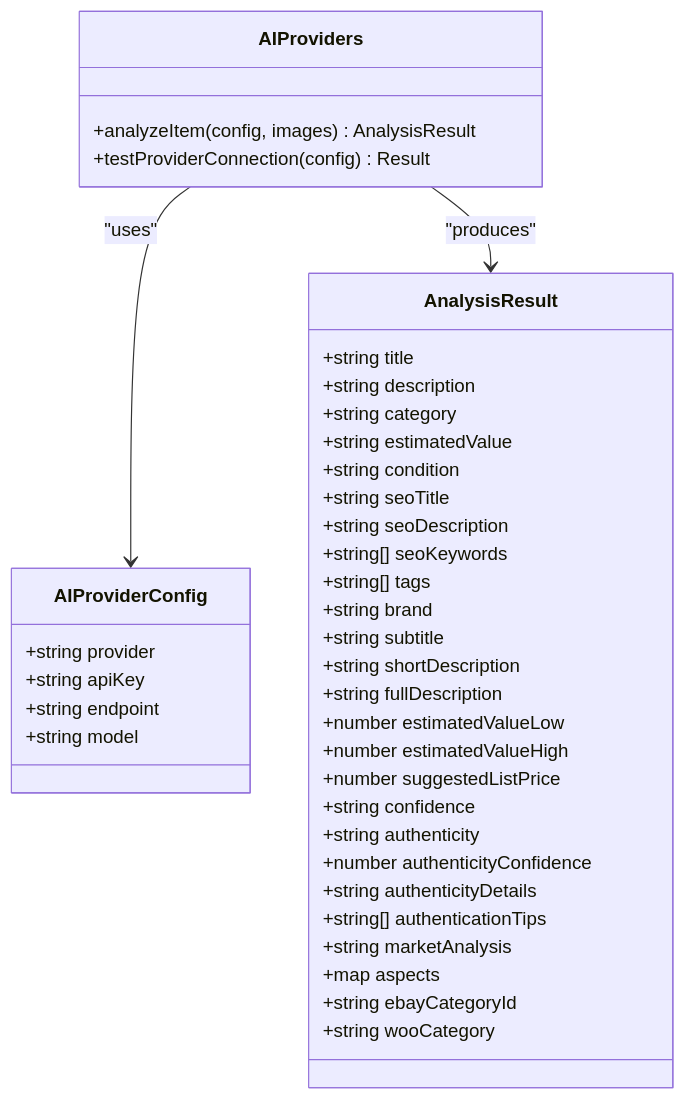
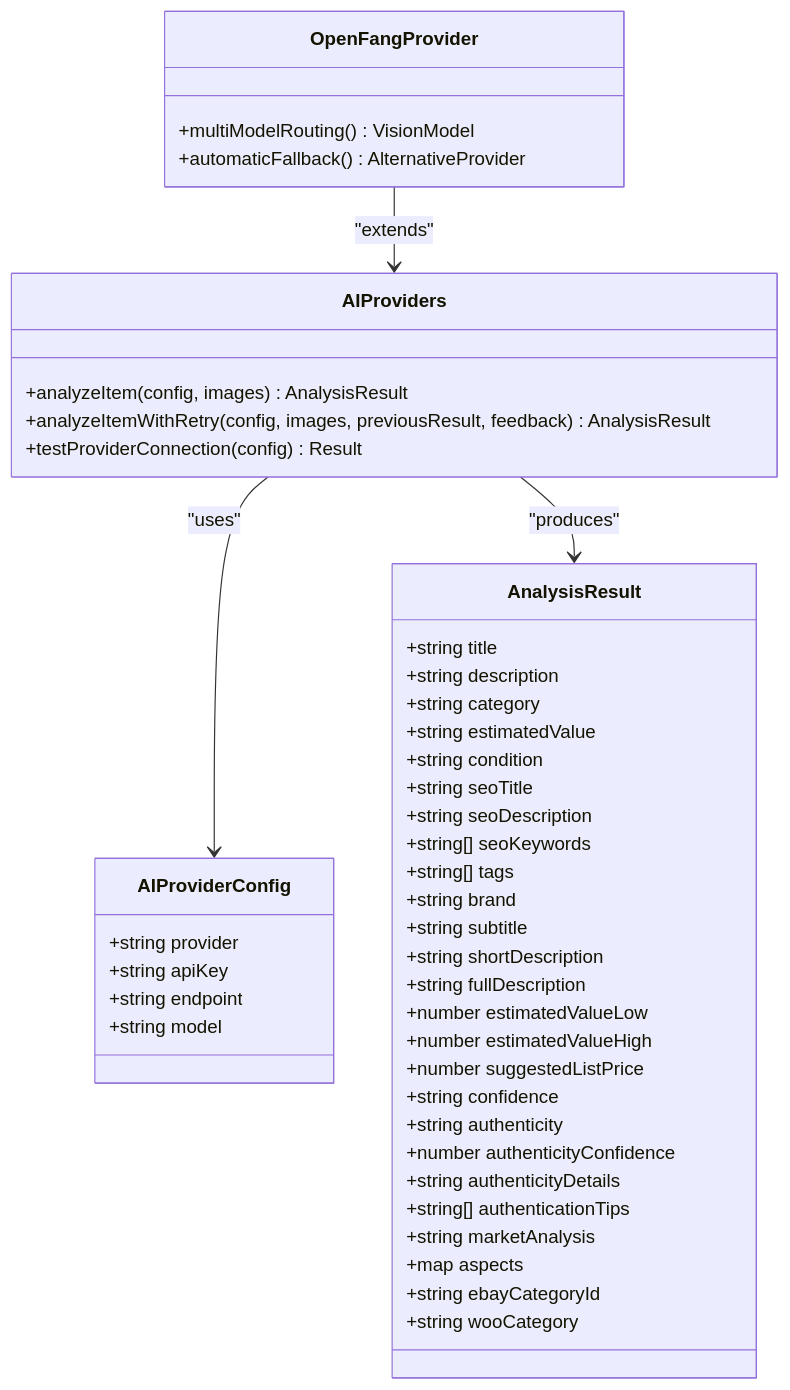
One commit to hunglevi87/Hidden-Gem changed the fourth of 10 diagrams in .qoder/repowiki/en/content/Backend Services/API Endpoints/Analysis Endpoints.md. Above: the diagram before and after it, drawn with Mermaid. The commit also changed other lines of this file and 5 other files, not shown here.

First line of the commit message:
feat(openfang): enhance AI provider with multi-model routing and fallback

````diff
--- a/.qoder/repowiki/en/content/Backend Services/API Endpoints/Analysis Endpoints.md
+++ b/.qoder/repowiki/en/content/Backend Services/API Endpoints/Analysis Endpoints.md
@@ -179,42 +238,48 @@
 ```mermaid
 classDiagram
 class AIProviderConfig {
 +string provider
 +string apiKey
 +string endpoint
 +string model
 }
 class AnalysisResult {
 +string title
 +string description
 +string category
 +string estimatedValue
 +string condition
 +string seoTitle
 +string seoDescription
 +string[] seoKeywords
 +string[] tags
 +string brand
 +string subtitle
 +string shortDescription
 +string fullDescription
 +number estimatedValueLow
 +number estimatedValueHigh
 +number suggestedListPrice
 +string confidence
 +string authenticity
 +number authenticityConfidence
 +string authenticityDetails
 +string[] authenticationTips
 +string marketAnalysis
 +map aspects
 +string ebayCategoryId
 +string wooCategory
 }
 class AIProviders {
 +analyzeItem(config, images) AnalysisResult
++analyzeItemWithRetry(config, images, previousResult, feedback) AnalysisResult
 +testProviderConnection(config) Result
+}
+class OpenFangProvider {
++multiModelRouting() VisionModel
++automaticFallback() AlternativeProvider
 }
 AIProviders --> AIProviderConfig : "uses"
 AIProviders --> AnalysisResult : "produces"
+OpenFangProvider --> AIProviders : "extends"
 ```
````
